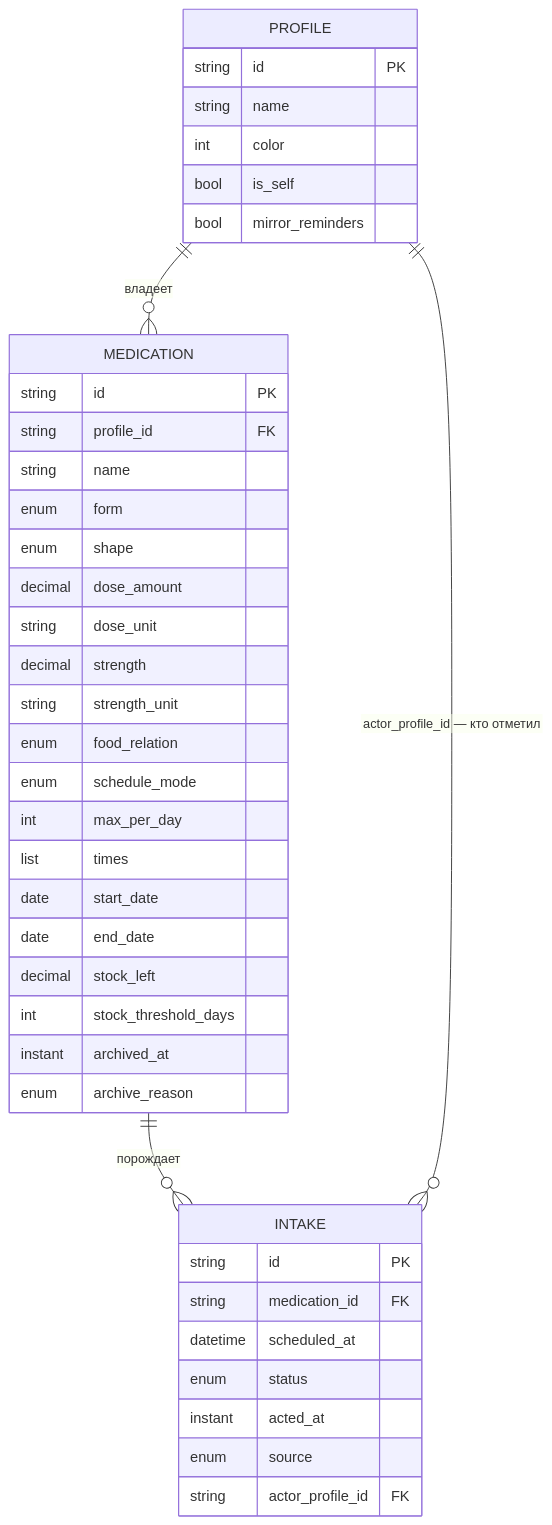
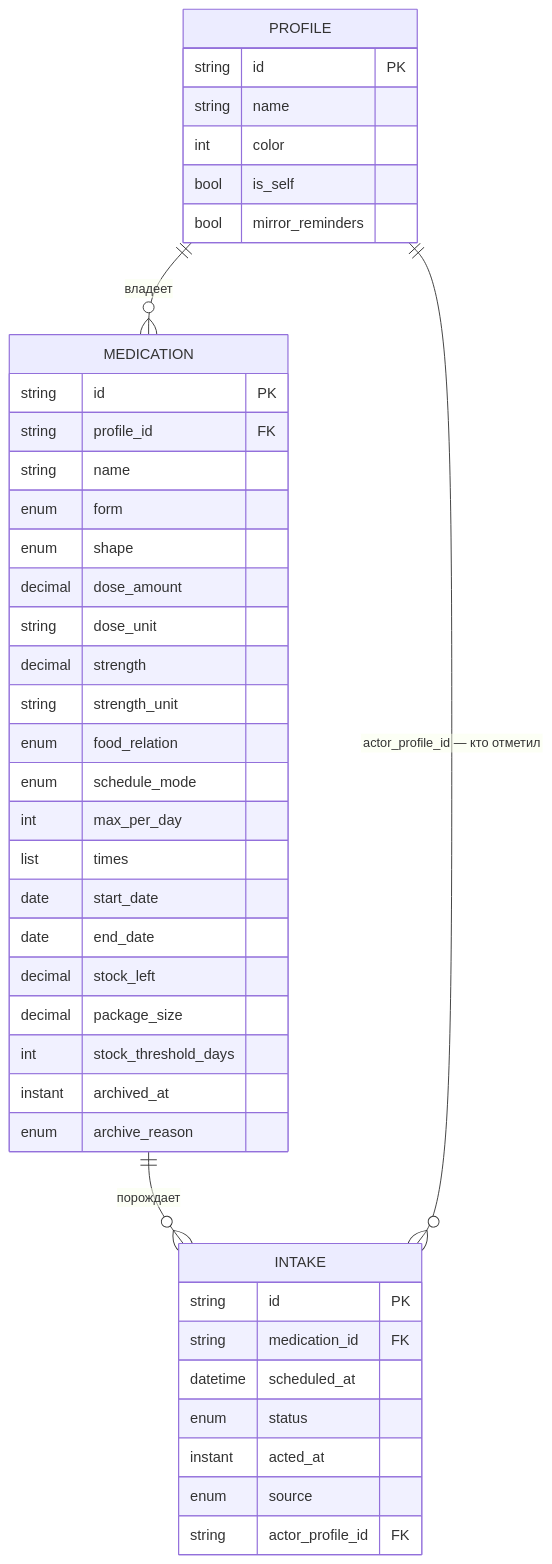
The first of 2 diagrams in docs/spec/02-data-model.md (fstronin/sklyanka), drawn with Mermaid before and after one commit. The commit also changed other lines of this file and 1 other file, not shown here.

Commit message:
docs(SKL-34): describe package_size in the data model and transfer format

````diff
--- a/docs/spec/02-data-model.md
+++ b/docs/spec/02-data-model.md
@@ -12,44 +12,45 @@
 ```mermaid
 erDiagram
     PROFILE ||--o{ MEDICATION : "владеет"
     MEDICATION ||--o{ INTAKE : "порождает"
     PROFILE ||--o{ INTAKE : "actor_profile_id — кто отметил"
 
     PROFILE {
         string id PK
         string name
         int color
         bool is_self
         bool mirror_reminders
     }
     MEDICATION {
         string id PK
         string profile_id FK
         string name
         enum form
         enum shape
         decimal dose_amount
         string dose_unit
         decimal strength
         string strength_unit
         enum food_relation
         enum schedule_mode
         int max_per_day
         list times
         date start_date
         date end_date
         decimal stock_left
+        decimal package_size
         int stock_threshold_days
         instant archived_at
         enum archive_reason
     }
     INTAKE {
         string id PK
         string medication_id FK
         datetime scheduled_at
         enum status
         instant acted_at
         enum source
         string actor_profile_id FK
     }
 ```
````
